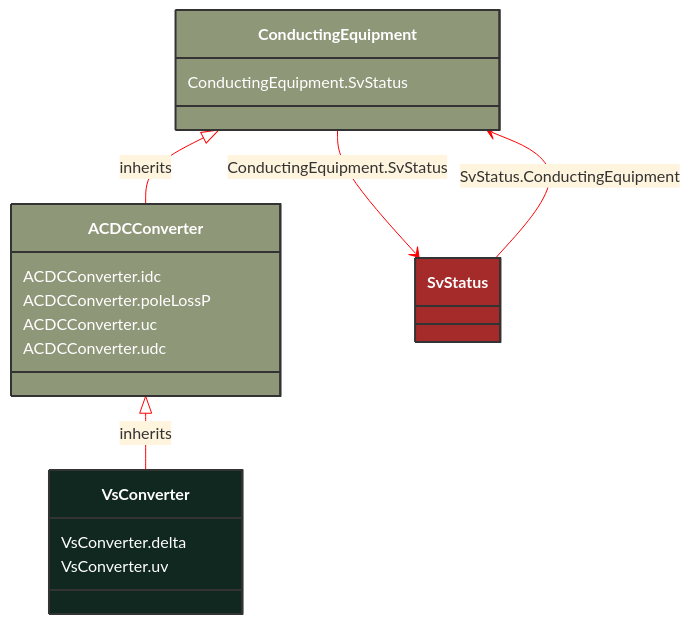
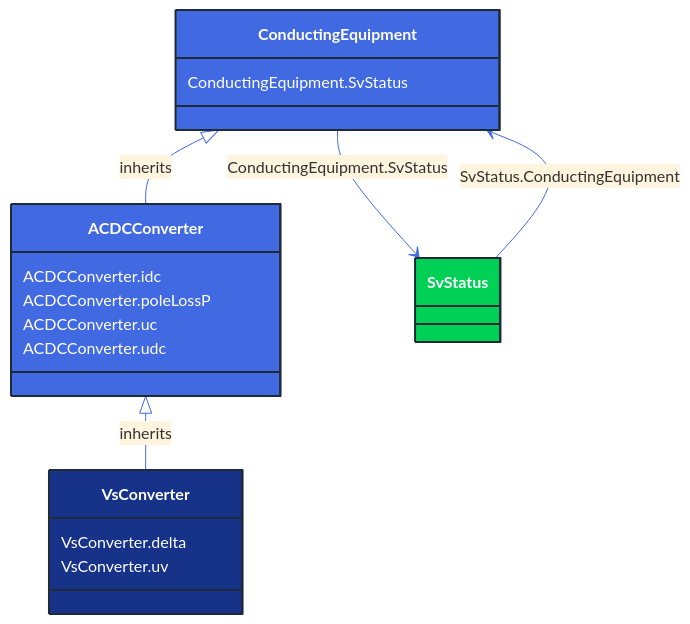
The diagram in docs/Models/Profiles/StateVariables/ConcreteClasses/VsConverter.md (3lbits/NoCIMExtensions), drawn with Mermaid before and after one commit. The commit also changed 362 other files, not shown here.

First line of the commit message:
Update diagrams and styles for improved visual consistency

````diff
--- a/docs/Models/Profiles/StateVariables/ConcreteClasses/VsConverter.md
+++ b/docs/Models/Profiles/StateVariables/ConcreteClasses/VsConverter.md
@@ -8,36 +8,36 @@
 ```mermaid
-%%{init: {'theme':'base','themeVariables': {'lineColor': '#FF0000'}}}%%
+%%{init: {'theme':'base','themeVariables': {'lineColor': '#4169E1'}}}%%
 classDiagram
     class VsConverter
     click VsConverter href "/Models/Profiles/StateVariables/ConcreteClasses/VsConverter/"
-    style VsConverter fill:#102820,stroke:#333,stroke-width:2px,rx:10,ry:10,color:white
+    style VsConverter fill:#163289,stroke:#1F2A37,stroke-width:2px,rx:10,ry:10,color:white
      
         ACDCConverter <|-- VsConverter : inherits
             click ACDCConverter href "/Models/Profiles/StateVariables/AbstractClasses/ACDCConverter/"
-            style ACDCConverter fill:#8F9779,stroke:#333,stroke-width:2px,rx:10,ry:10,color:white
+            style ACDCConverter fill:#4169E1,stroke:#1F2A37,stroke-width:2px,rx:10,ry:10,color:white
      
         ConductingEquipment <|-- ACDCConverter : inherits
             click ConductingEquipment href "/Models/Profiles/StateVariables/AbstractClasses/ConductingEquipment/"
-            style ConductingEquipment fill:#8F9779,stroke:#333,stroke-width:2px,rx:10,ry:10,color:white
+            style ConductingEquipment fill:#4169E1,stroke:#1F2A37,stroke-width:2px,rx:10,ry:10,color:white
 
         ConductingEquipment --> SvStatus : ConductingEquipment.SvStatus
 
         SvStatus
             click SvStatus href "/Models/Profiles/StateVariables/ConcreteClasses/SvStatus/"
-            style SvStatus fill:#A52A2A,stroke:#333,stroke-width:2px,rx:10,ry:10,color:white
+            style SvStatus fill:#00D156,stroke:#1F2A37,stroke-width:2px,rx:10,ry:10,color:white
 
         SvStatus --> ConductingEquipment : SvStatus.ConductingEquipment
 
         SvStatus
             click SvStatus href "/Models/Profiles/StateVariables/ConcreteClasses/SvStatus/"
-            style SvStatus fill:#A52A2A,stroke:#333,stroke-width:2px,rx:10,ry:10,color:white
+            style SvStatus fill:#00D156,stroke:#1F2A37,stroke-width:2px,rx:10,ry:10,color:white
 
 
         VsConverter : VsConverter.delta
         VsConverter : VsConverter.uv
         ACDCConverter : ACDCConverter.idc
         ACDCConverter : ACDCConverter.poleLossP
         ACDCConverter : ACDCConverter.uc
         ACDCConverter : ACDCConverter.udc
         ConductingEquipment : ConductingEquipment.SvStatus
 ```
````
